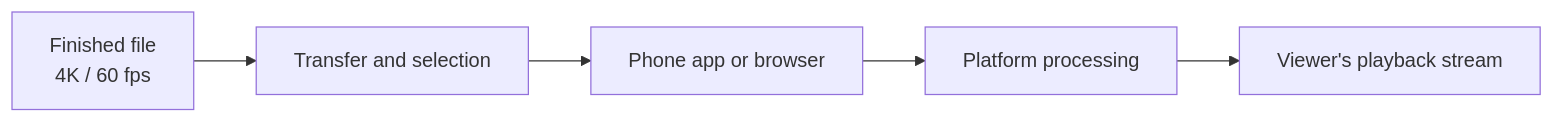
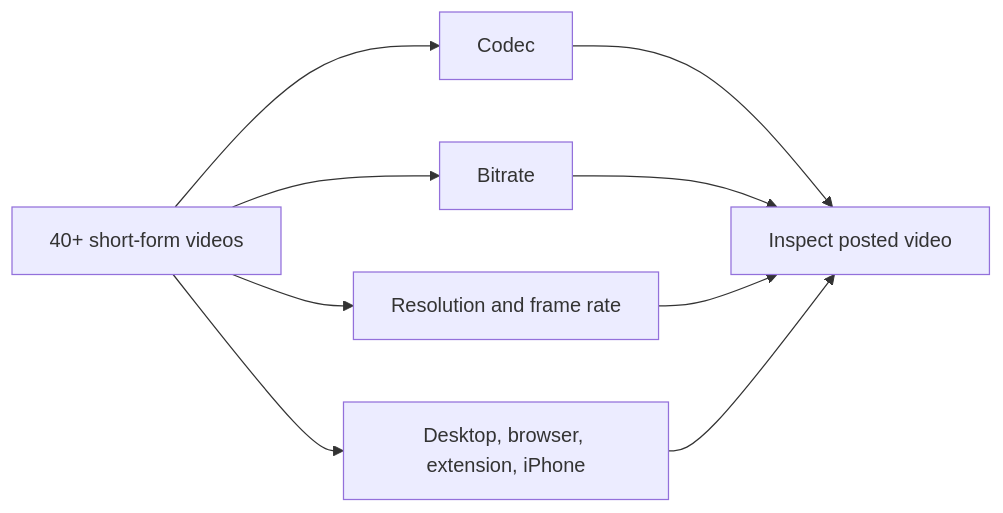
One commit to thedevmark/engineering-notes changed the first of 3 diagrams in 4k60-native-ingest/README.md. Above: the diagram before and after it, drawn with Mermaid. The commit also changed other lines of this file and 1 other file, not shown here.

Commit message:
docs: center 4K60 paper on operator's 40 plus video tests

````diff
--- a/4k60-native-ingest/README.md
+++ b/4k60-native-ingest/README.md
@@ -13,7 +13,11 @@
 ```mermaid
 flowchart LR
-    A[Finished file<br/>4K / 60 fps] --> B[Transfer and selection]
-    B --> C[Phone app or browser]
-    C --> D[Platform processing]
-    D --> E[Viewer's playback stream]
+    A[40+ short-form videos] --> B[Codec]
+    A --> C[Bitrate]
+    A --> D[Resolution and frame rate]
+    A --> E[Desktop, browser, extension, iPhone]
+    B --> F[Inspect posted video]
+    C --> F
+    D --> F
+    E --> F
 ```
````
